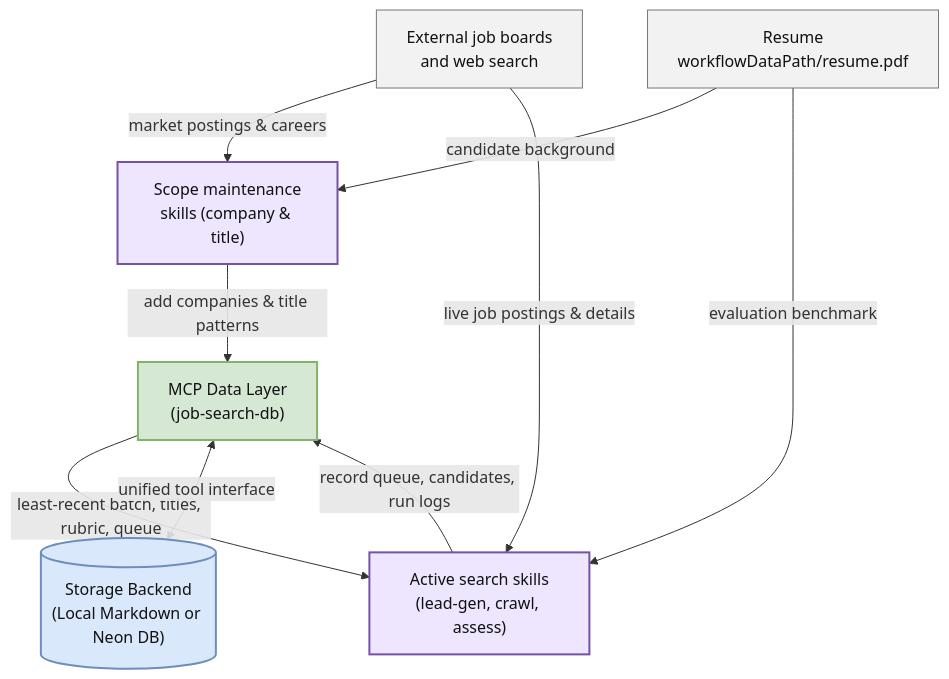
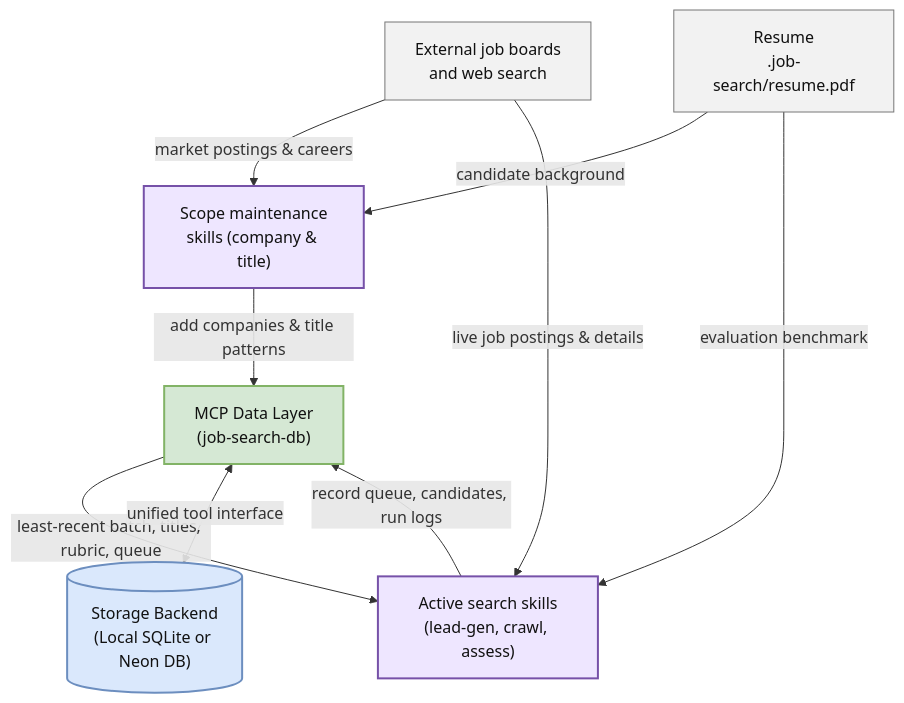
The first of 7 diagrams in templates/pipeline-overview.md (joshyim/job-search-automations), drawn with Mermaid before and after one commit. The commit also changed other lines of this file and 30 other files, not shown here.

Commit message:
feat: implement SQLite adapter for persistent storage and update default resume path to .job-search/resume.pdf PRO27

````diff
--- a/templates/pipeline-overview.md
+++ b/templates/pipeline-overview.md
@@ -9,35 +9,35 @@
 ```mermaid
 ---
 config:
   flowchart:
     wrappingWidth: 160
 ---
 flowchart TB
     EXT["External job boards<br/>and web search"]
     MAINTENANCE["Scope maintenance<br/>skills (company & title)"]
     ACTIVE["Active search skills<br/>(lead-gen, crawl, assess)"]
     MCP["MCP Data Layer<br/>(job-search-db)"]
-    STORAGE[("Storage Backend<br/>(Local Markdown or Neon DB)")]
-    RESUME["Resume<br/>workflowDataPath/resume.pdf"]
+    STORAGE[("Storage Backend<br/>(Local SQLite or Neon DB)")]
+    RESUME["Resume<br/>.job-search/resume.pdf"]
 
     EXT -->|market postings & careers| MAINTENANCE
     RESUME -->|candidate background| MAINTENANCE
     MAINTENANCE -->|add companies & title patterns| MCP
 
     MCP -->|least-recent batch, titles, rubric, queue| ACTIVE
     RESUME -->|evaluation benchmark| ACTIVE
     EXT -->|live job postings & details| ACTIVE
     ACTIVE -->|record queue, candidates, run logs| MCP
 
     MCP <-->|unified tool interface| STORAGE
 
     classDef external fill:#f2f2f2,stroke:#777,color:#111;
     classDef skill fill:#eee6ff,stroke:#7651a8,color:#111,stroke-width:2px;
     classDef mcp fill:#d5e8d4,stroke:#82b366,color:#111,stroke-width:2px;
     classDef storage fill:#dae8fc,stroke:#6c8ebf,color:#111,stroke-width:2px;
 
     class EXT,RESUME external;
     class MAINTENANCE,ACTIVE skill;
     class MCP mcp;
     class STORAGE storage;
 ```
````
